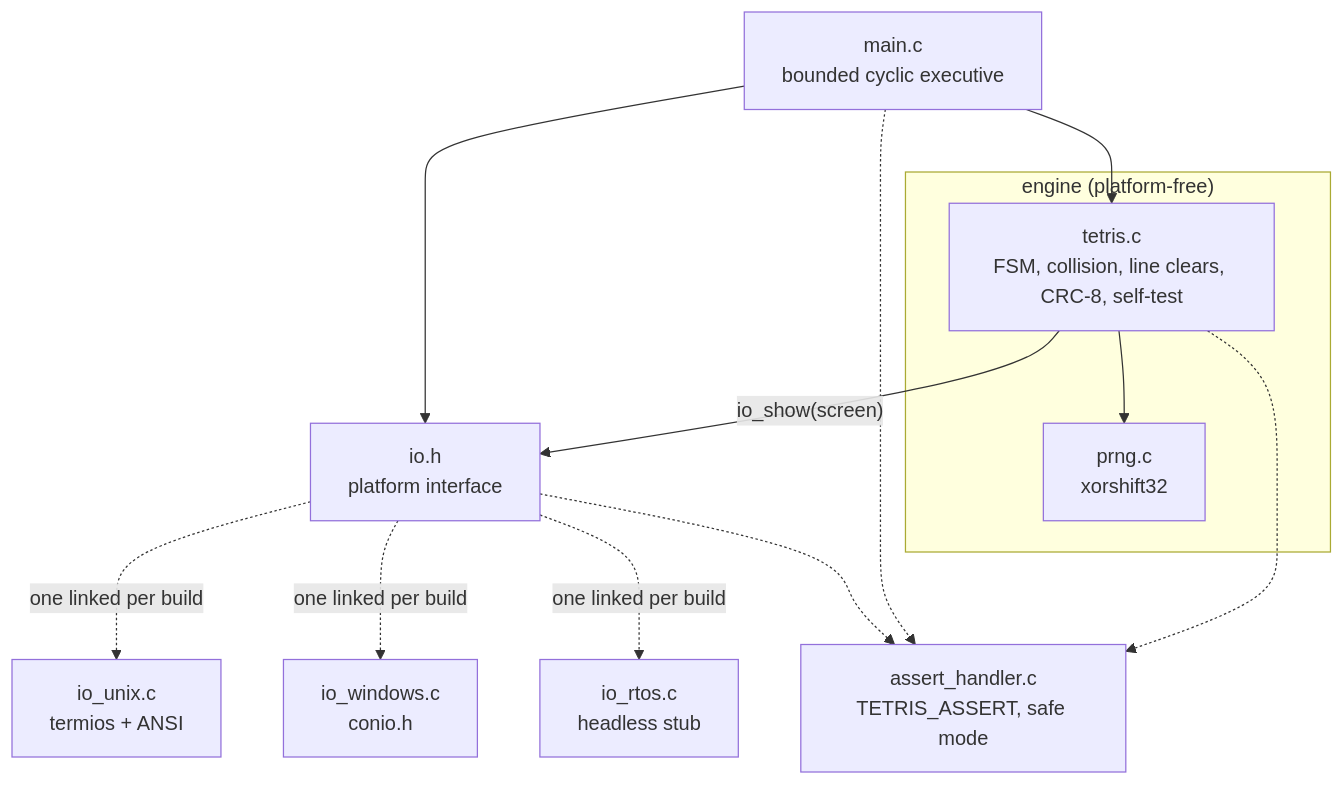
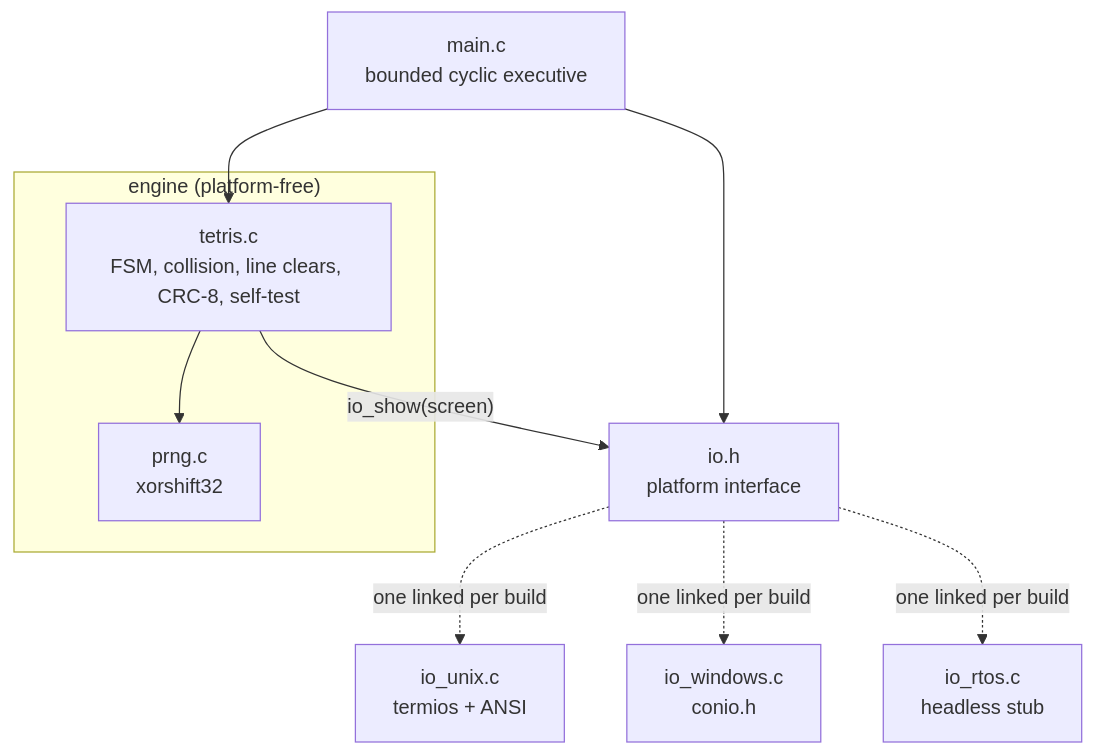
The first of 3 diagrams in README.md (spaceadler/spacetetris), drawn with Mermaid before and after one commit. The commit also changed other lines of this file, not shown here.

Commit message:
README: assert_handler out of the diagram and into the text, so no row is four wide

````diff
--- a/README.md
+++ b/README.md
@@ -15,19 +15,17 @@
 ```mermaid
 flowchart TB
     main["main.c<br/>bounded cyclic executive"]
     subgraph engine["engine (platform-free)"]
         tetris["tetris.c<br/>FSM, collision, line clears, CRC-8, self-test"]
         prng["prng.c<br/>xorshift32"]
     end
     io["io.h<br/>platform interface"]
     unix["io_unix.c<br/>termios + ANSI"]
     win["io_windows.c<br/>conio.h"]
     rtos["io_rtos.c<br/>headless stub"]
-    assert["assert_handler.c<br/>TETRIS_ASSERT, safe mode"]
 
     main --> tetris & io
     tetris --> prng
     tetris -->|"io_show(screen)"| io
     io -.->|"one linked per build"| unix & win & rtos
-    tetris & main & io -.-> assert
 ```
````
